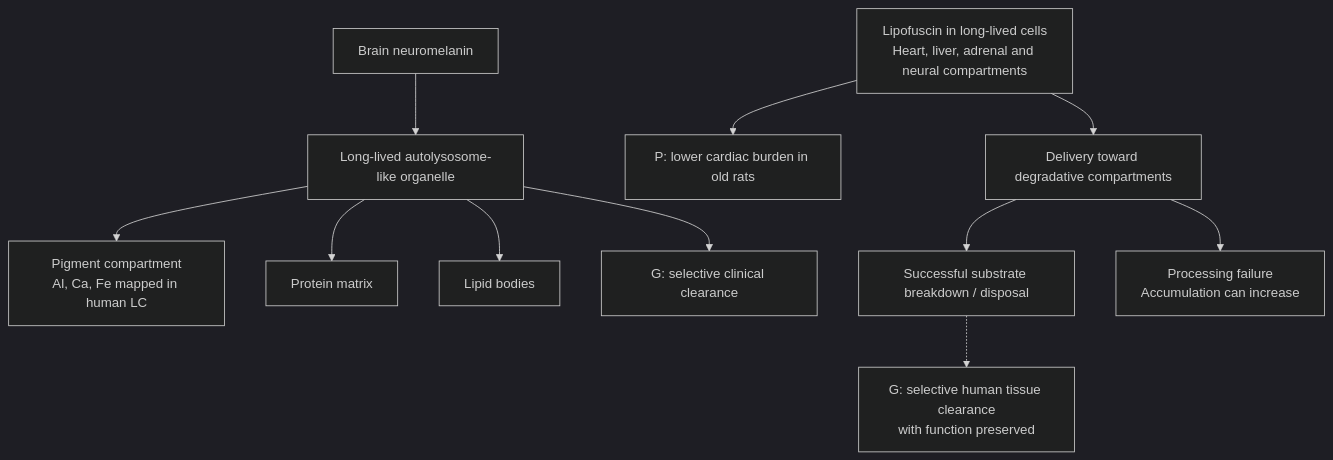
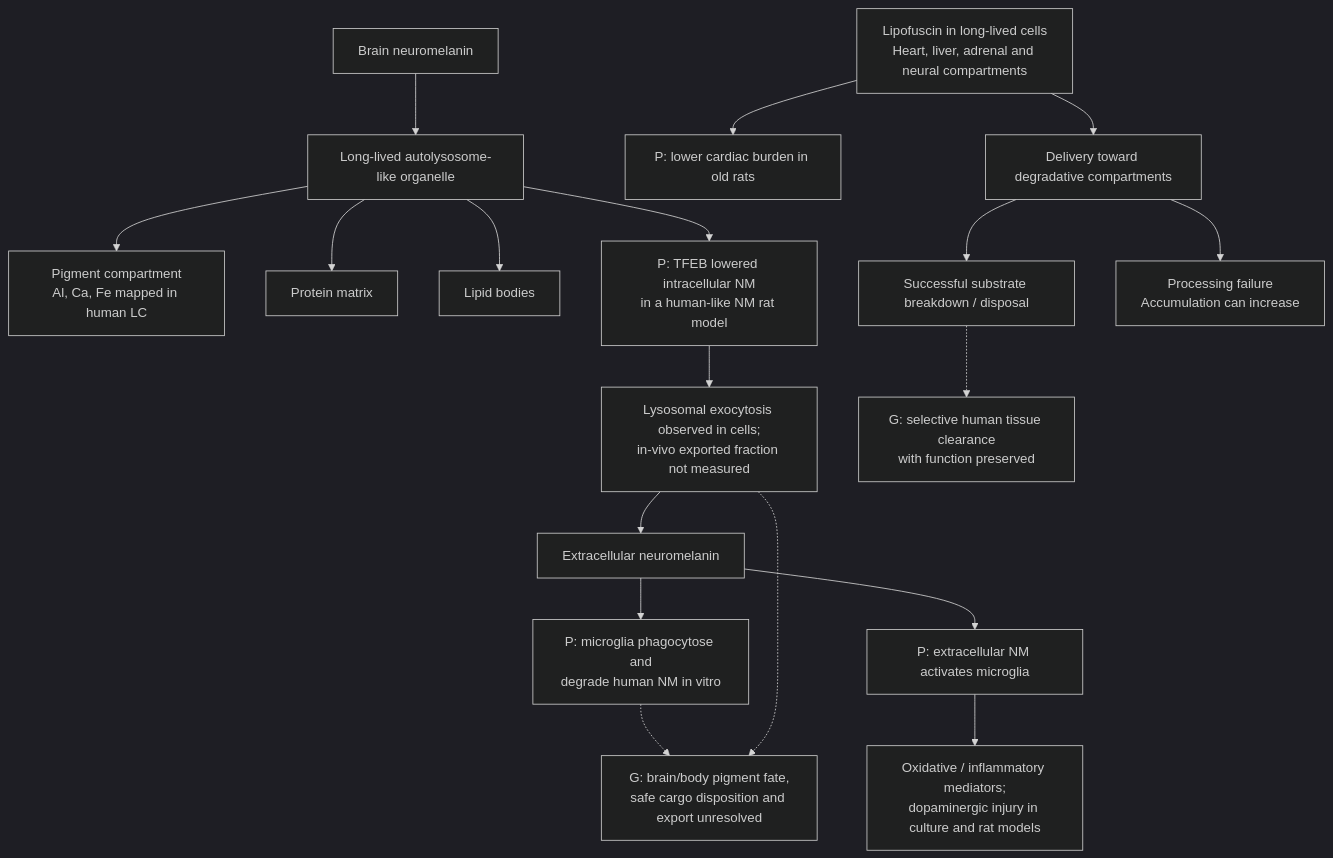
Before and after one commit to dylanstechmann/iris-color-without-contacts: diagram 24 of 38 in research/tissue-pigment-atlas.md, drawn with Mermaid (dark theme). The commit also changed other lines of this file, not shown here.

Commit message:
Map neuromelanin export and microglial handling

````diff
--- a/research/tissue-pigment-atlas.md
+++ b/research/tissue-pigment-atlas.md
@@ -583,14 +583,21 @@
 ```mermaid
 flowchart TD
     B["Brain neuromelanin"] --> BO["Long-lived autolysosome-like organelle"]
     BO --> NM["Pigment compartment<br/>Al, Ca, Fe mapped in human LC"]
     BO --> PM["Protein matrix"]
     BO --> LB["Lipid bodies"]
-    BO --> BG["G: selective clinical clearance"]
+    BO --> TF["P: TFEB lowered intracellular NM<br/>in a human-like NM rat model"]
+    TF --> X["Lysosomal exocytosis observed in cells;<br/>in-vivo exported fraction not measured"]
+    X --> E["Extracellular neuromelanin"]
+    E --> M["P: microglia phagocytose and<br/>degrade human NM in vitro"]
+    E --> I["P: extracellular NM activates microglia"]
+    I --> N["Oxidative / inflammatory mediators;<br/>dopaminergic injury in culture and rat models"]
+    M -.-> G["G: brain/body pigment fate,<br/>safe cargo disposition and export unresolved"]
+    X -.-> G
     L["Lipofuscin in long-lived cells<br/>Heart, liver, adrenal and neural compartments"]
     L --> R["P: lower cardiac burden in old rats"]
     L --> A["Delivery toward degradative compartments"]
     A --> S["Successful substrate breakdown / disposal"]
     A --> F["Processing failure<br/>Accumulation can increase"]
-    S -.-> G["G: selective human tissue clearance<br/>with function preserved"]
+    S -.-> G2["G: selective human tissue clearance<br/>with function preserved"]
 ```
````
